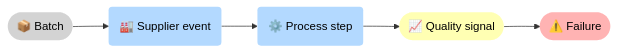
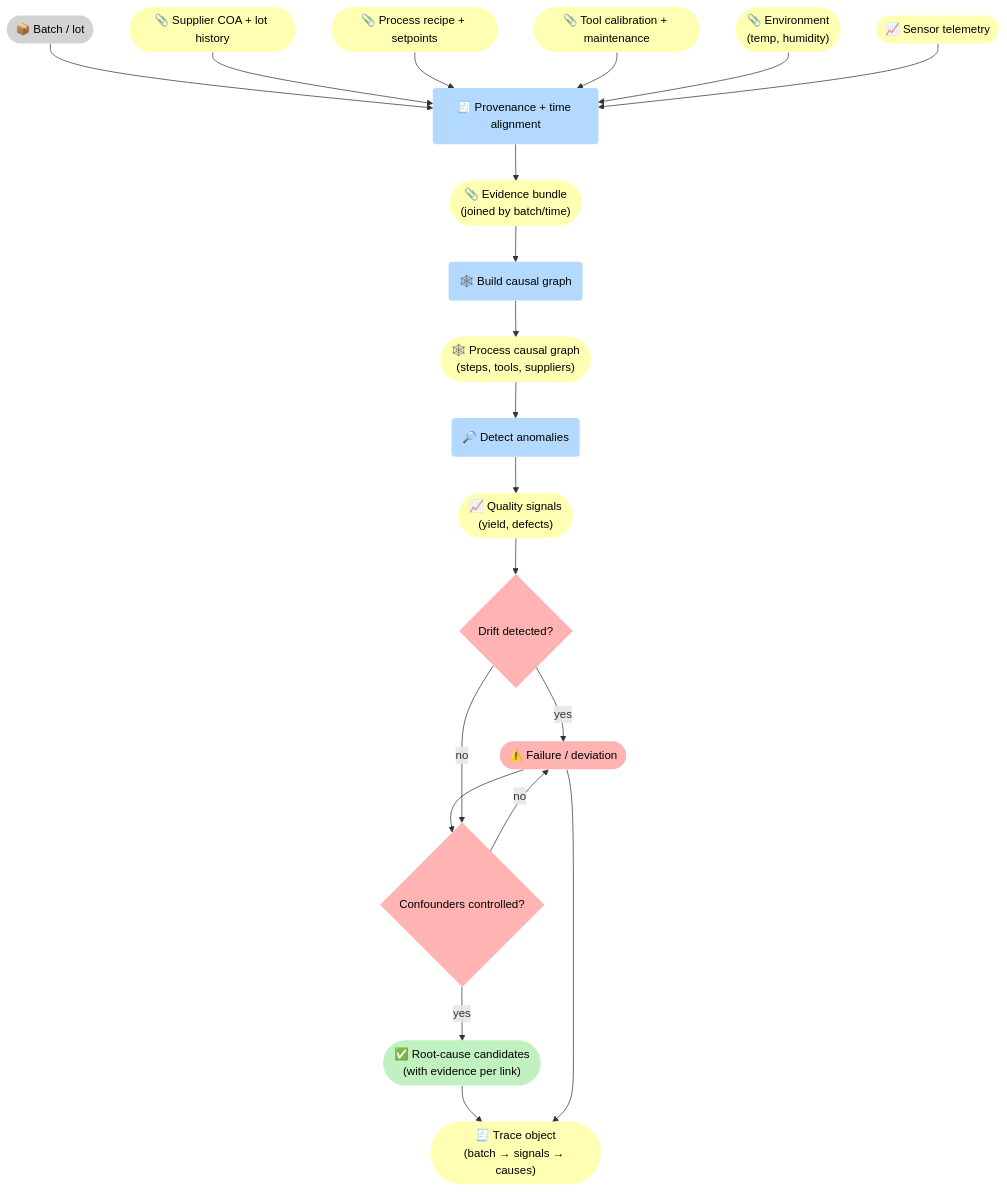
Before and after one commit to 5Reasons/5reasons.github.io: the first of 3 diagrams in docs/case-studies/manufacturing.md, drawn with Mermaid. The commit also changed other lines of this file and 8 other files, not shown here.

First line of the commit message:
Enhance case studies with detailed flowcharts and explicit gates

````diff
--- a/docs/case-studies/manufacturing.md
+++ b/docs/case-studies/manufacturing.md
@@ -57,17 +57,45 @@
 ```mermaid
-flowchart LR
+flowchart TB
 %% Styles (brModel Standard)
 classDef i fill:#D3D3D3,stroke-width:0px,color:#000;
 classDef p fill:#B3D9FF,stroke-width:0px,color:#000;
 classDef r fill:#FFFFB3,stroke-width:0px,color:#000;
 classDef o fill:#C1F0C1,stroke-width:0px,color:#000;
 classDef s fill:#FFB3B3,stroke-width:0px,color:#000;
 
-I_B(["📦 Batch"]):::i
-P_S("🏭 Supplier event"):::p
-P_P("⚙️ Process step"):::p
-R_Q(["📈 Quality signal"]):::r
-S_F(["⚠️ Failure"]):::s
+I_B(["📦 Batch / lot"]):::i
+R_Sup(["📎 Supplier COA + lot history"]):::r
+R_Proc(["📎 Process recipe + setpoints"]):::r
+R_Tool(["📎 Tool calibration + maintenance"]):::r
+R_Env(["📎 Environment<br>(temp, humidity)"]):::r
+R_Sens(["📈 Sensor telemetry"]):::r
 
-I_B --> P_S --> P_P --> R_Q --> S_F
+P_Prov("🧾 Provenance + time alignment"):::p
+R_EB(["📎 Evidence bundle<br>(joined by batch/time)"]):::r
+
+P_CG("🕸️ Build causal graph"):::p
+R_CG(["🕸️ Process causal graph<br>(steps, tools, suppliers)"]):::r
+
+P_Anom("🔎 Detect anomalies"):::p
+R_Q(["📈 Quality signals<br>(yield, defects)"]):::r
+
+G_Drift{"Drift detected?"}:::s
+G_Conf{"Confounders controlled?"}:::s
+
+S_F(["⚠️ Failure / deviation"]):::s
+O_R(["✅ Root-cause candidates<br>(with evidence per link)"]):::o
+R_Tr(["🧾 Trace object<br>(batch → signals → causes)"]):::r
+
+I_B --> P_Prov
+R_Sup --> P_Prov
+R_Proc --> P_Prov
+R_Tool --> P_Prov
+R_Env --> P_Prov
+R_Sens --> P_Prov
+
+P_Prov --> R_EB --> P_CG --> R_CG --> P_Anom --> R_Q --> G_Drift
+G_Drift -->|"yes"| S_F --> G_Conf
+G_Drift -->|"no"| G_Conf
+G_Conf -->|"yes"| O_R --> R_Tr
+G_Conf -->|"no"| S_F --> R_Tr
 ```
````
